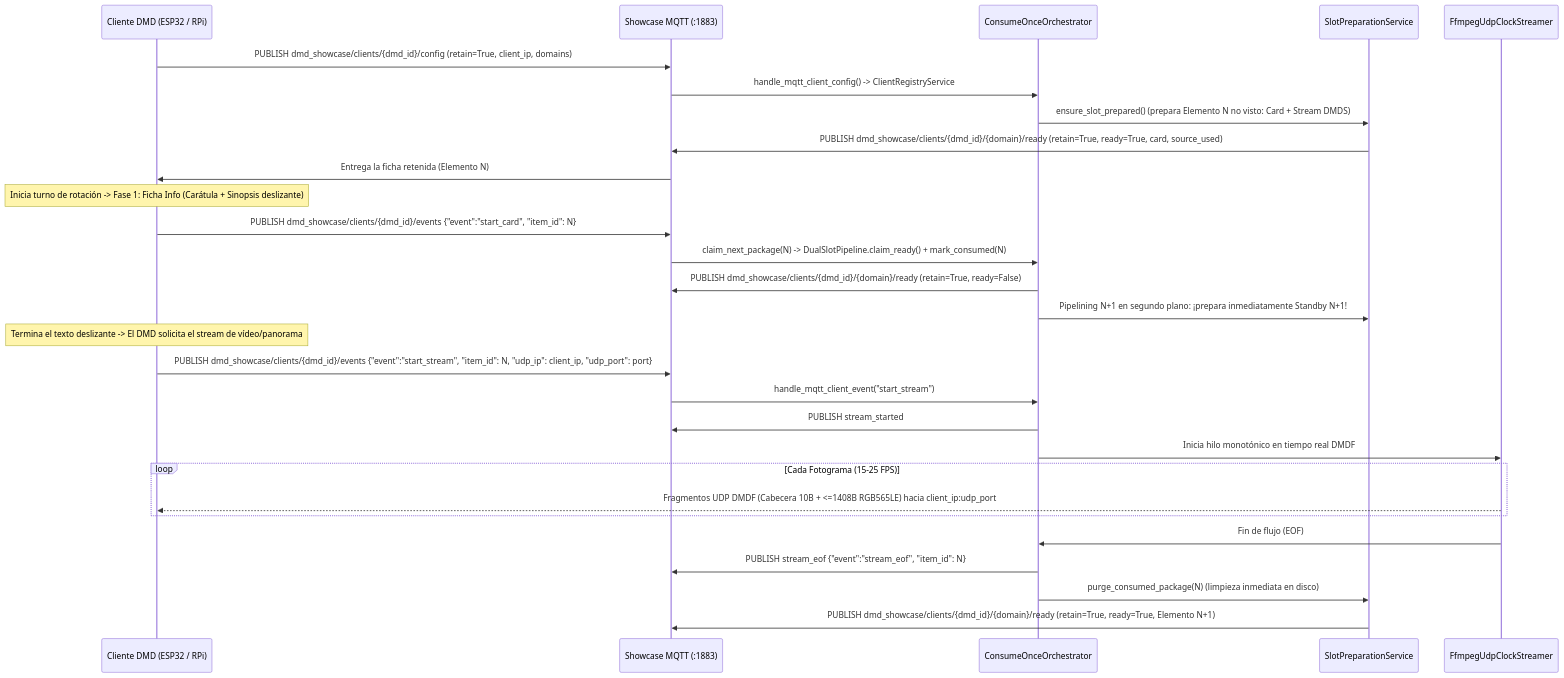
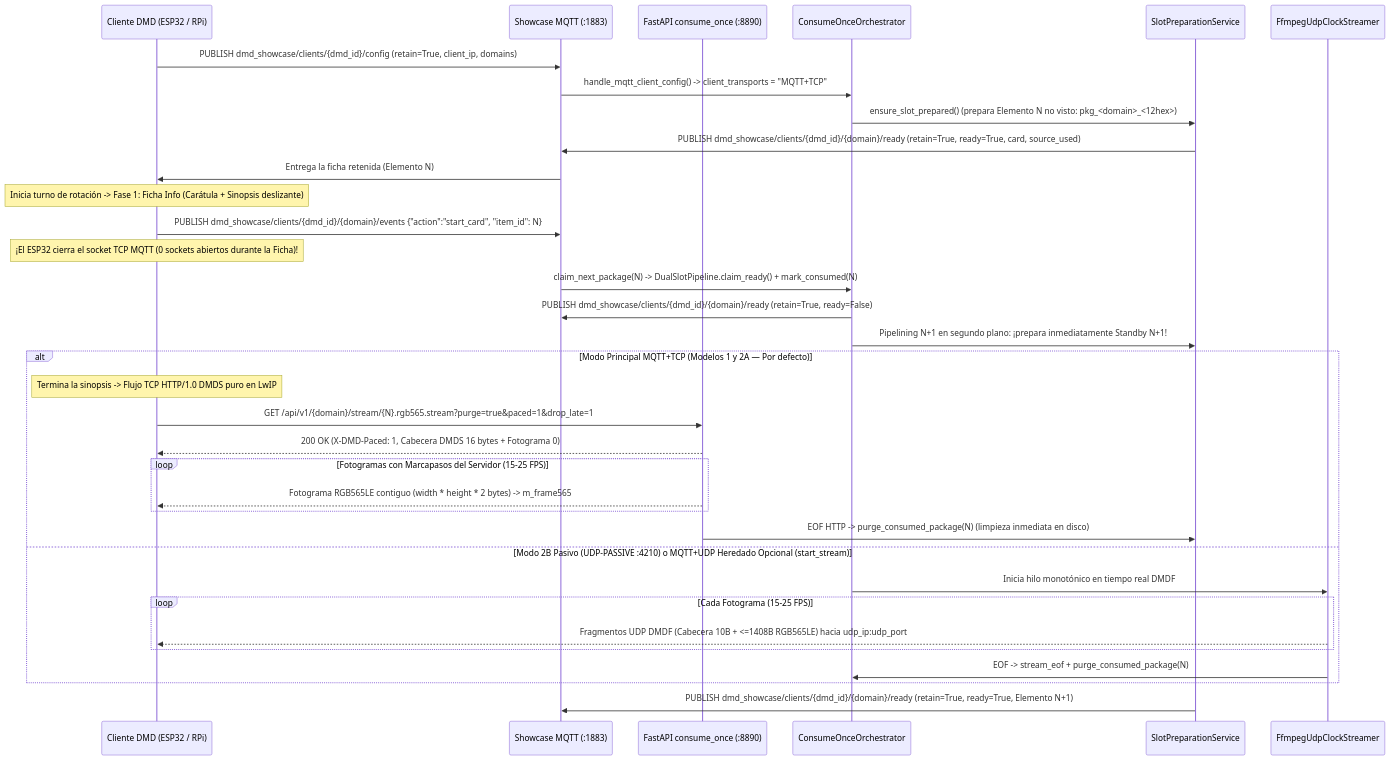
One commit to red77290/dmd_media_showcase changed the second of 2 diagrams in docs/ARCHITECTURE_ES.md. Above: the diagram before and after it, drawn with Mermaid. The commit also changed other lines of this file and 26 other files, not shown here.

First line of the commit message:
feat(stream): align default ESP32 transport on MQTT+TCP DMDS and compact item_id

````diff
--- a/docs/ARCHITECTURE_ES.md
+++ b/docs/ARCHITECTURE_ES.md
@@ -131,33 +143,39 @@
 ```mermaid
 sequenceDiagram
     participant DMD as Cliente DMD (ESP32 / RPi)
     participant MQTT as Showcase MQTT (:1883)
+    participant HTTP as FastAPI consume_once (:8890)
     participant ORCH as ConsumeOnceOrchestrator
     participant PREP as SlotPreparationService
     participant FFMPEG as FfmpegUdpClockStreamer
 
     DMD->>MQTT: PUBLISH dmd_showcase/clients/{dmd_id}/config (retain=True, client_ip, domains)
-    MQTT->>ORCH: handle_mqtt_client_config() -> ClientRegistryService
-    ORCH->>PREP: ensure_slot_prepared() (prepara Elemento N no visto: Card + Stream DMDS)
+    MQTT->>ORCH: handle_mqtt_client_config() -> client_transports = "MQTT+TCP"
+    ORCH->>PREP: ensure_slot_prepared() (prepara Elemento N no visto: pkg_<domain>_<12hex>)
     PREP->>MQTT: PUBLISH dmd_showcase/clients/{dmd_id}/{domain}/ready (retain=True, ready=True, card, source_used)
     MQTT->>DMD: Entrega la ficha retenida (Elemento N)
 
     Note over DMD: Inicia turno de rotación -> Fase 1: Ficha Info (Carátula + Sinopsis deslizante)
-    DMD->>MQTT: PUBLISH dmd_showcase/clients/{dmd_id}/events {"event":"start_card", "item_id": N}
+    DMD->>MQTT: PUBLISH dmd_showcase/clients/{dmd_id}/{domain}/events {"action":"start_card", "item_id": N}
+    Note over DMD: ¡El ESP32 cierra el socket TCP MQTT (0 sockets abiertos durante la Ficha)!
     MQTT->>ORCH: claim_next_package(N) -> DualSlotPipeline.claim_ready() + mark_consumed(N)
     ORCH->>MQTT: PUBLISH dmd_showcase/clients/{dmd_id}/{domain}/ready (retain=True, ready=False)
     ORCH->>PREP: Pipelining N+1 en segundo plano: ¡prepara inmediatamente Standby N+1!
 
-    Note over DMD: Termina el texto deslizante -> El DMD solicita el stream de vídeo/panorama
-    DMD->>MQTT: PUBLISH dmd_showcase/clients/{dmd_id}/events {"event":"start_stream", "item_id": N, "udp_ip": client_ip, "udp_port": port}
-    MQTT->>ORCH: handle_mqtt_client_event("start_stream")
-    ORCH->>MQTT: PUBLISH stream_started
-    ORCH->>FFMPEG: Inicia hilo monotónico en tiempo real DMDF
-    loop Cada Fotograma (15-25 FPS)
-        FFMPEG-->>DMD: Fragmentos UDP DMDF (Cabecera 10B + <=1408B RGB565LE) hacia client_ip:udp_port
+    alt Modo Principal MQTT+TCP (Modelos 1 y 2A — Por defecto)
+        Note over DMD: Termina la sinopsis -> Flujo TCP HTTP/1.0 DMDS puro en LwIP
+        DMD->>HTTP: GET /api/v1/{domain}/stream/{N}.rgb565.stream?purge=true&paced=1&drop_late=1
+        HTTP-->>DMD: 200 OK (X-DMD-Paced: 1, Cabecera DMDS 16 bytes + Fotograma 0)
+        loop Fotogramas con Marcapasos del Servidor (15-25 FPS)
+            HTTP-->>DMD: Fotograma RGB565LE contiguo (width * height * 2 bytes) -> m_frame565
+        end
+        HTTP->>PREP: EOF HTTP -> purge_consumed_package(N) (limpieza inmediata en disco)
+    else Modo 2B Pasivo (UDP-PASSIVE :4210) o MQTT+UDP Heredado Opcional (start_stream)
+        ORCH->>FFMPEG: Inicia hilo monotónico en tiempo real DMDF
+        loop Cada Fotograma (15-25 FPS)
+            FFMPEG-->>DMD: Fragmentos UDP DMDF (Cabecera 10B + <=1408B RGB565LE) hacia udp_ip:udp_port
+        end
+        FFMPEG->>ORCH: EOF -> stream_eof + purge_consumed_package(N)
     end
-    FFMPEG->>ORCH: Fin de flujo (EOF)
-    ORCH->>MQTT: PUBLISH stream_eof {"event":"stream_eof", "item_id": N}
-    ORCH->>PREP: purge_consumed_package(N) (limpieza inmediata en disco)
     PREP->>MQTT: PUBLISH dmd_showcase/clients/{dmd_id}/{domain}/ready (retain=True, ready=True, Elemento N+1)
 ```
````
